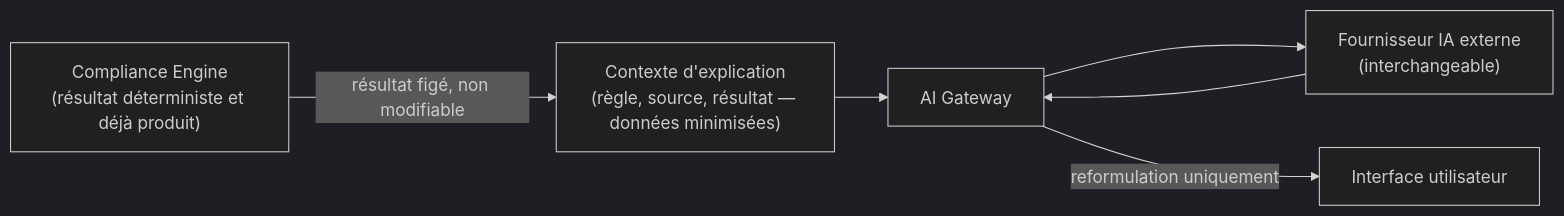
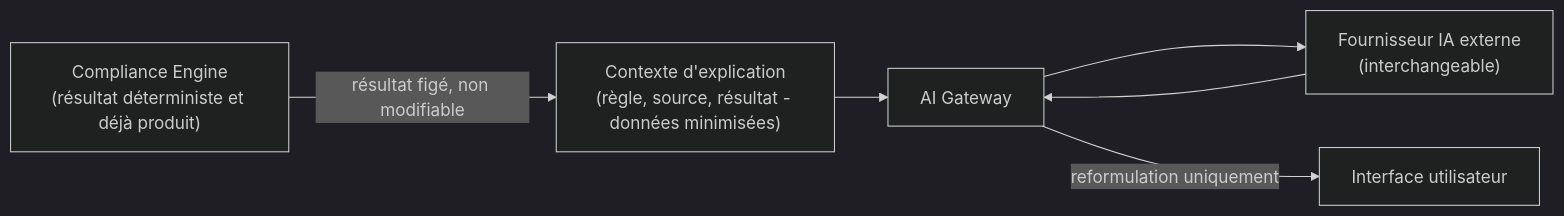
The fifth of 8 diagrams in docs/06-technical-architecture.md (Joello61/factu-sentinel), drawn with Mermaid (dark theme) before and after one commit. The commit also changed other lines of this file and 66 other files, not shown here.

````diff
--- a/docs/06-technical-architecture.md
+++ b/docs/06-technical-architecture.md
@@ -314,8 +319,8 @@
 ```mermaid
 flowchart LR
-    CE["Compliance Engine\n(résultat déterministe et déjà produit)"] -->|résultat figé, non modifiable| CTX["Contexte d'explication\n(règle, source, résultat — données minimisées)"]
+    CE["Compliance Engine\n(résultat déterministe et déjà produit)"] -->|résultat figé, non modifiable| CTX["Contexte d'explication\n(règle, source, résultat - données minimisées)"]
     CTX --> GW["AI Gateway"]
     GW --> PROV["Fournisseur IA externe\n(interchangeable)"]
     PROV --> GW
     GW -->|reformulation uniquement| UI["Interface utilisateur"]
 ```
````
